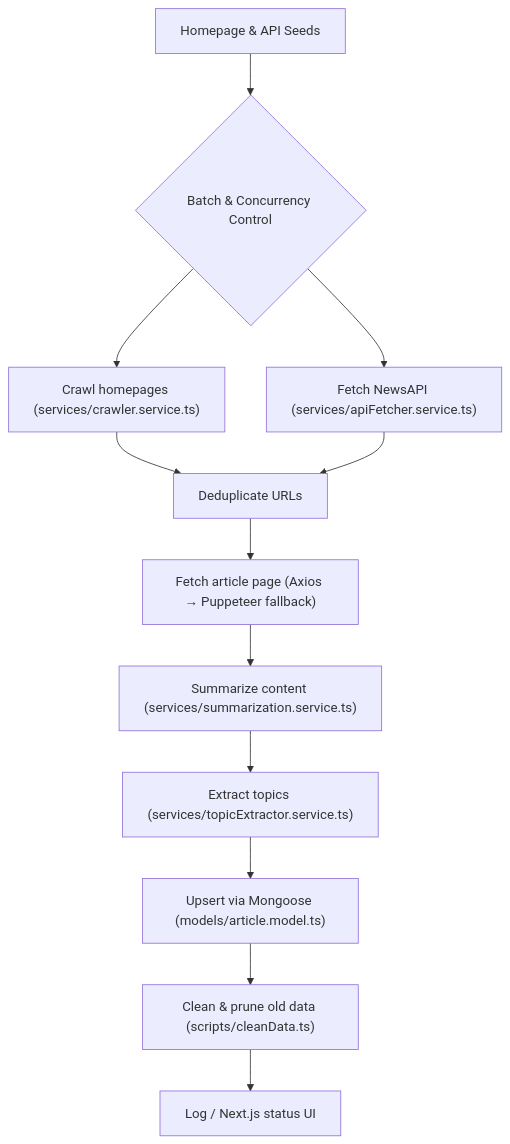
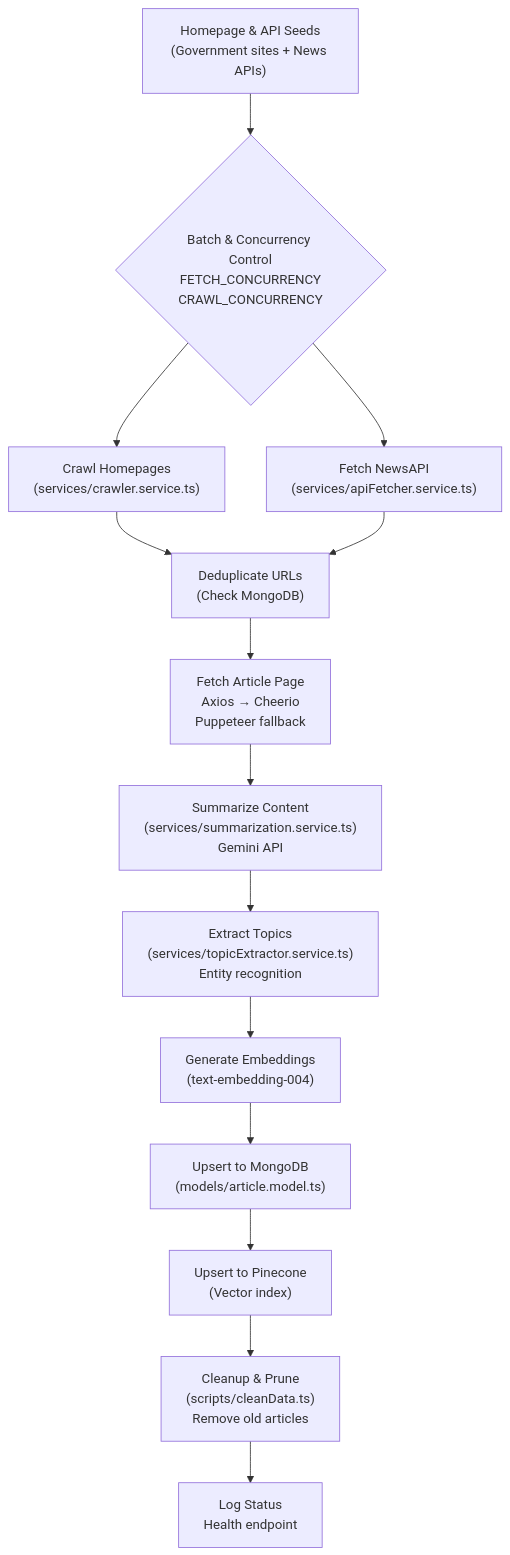
Before and after one commit to hoangsonww/AI-Gov-Content-Curator: diagram 12 of 19 in ARCHITECTURE.md, drawn with Mermaid. The commit also changed other lines of this file and 20 other files, not shown here.

````diff
--- a/ARCHITECTURE.md
+++ b/ARCHITECTURE.md
@@ -110,14 +627,16 @@
 ```mermaid
 flowchart TB
-    Start["Homepage & API Seeds"] --> FanOut{"Batch & Concurrency Control"}
-    FanOut --> CrawlHome["Crawl homepages (services/crawler.service.ts)"]
-    FanOut --> FetchAPI["Fetch NewsAPI (services/apiFetcher.service.ts)"]
-    CrawlHome --> Dedupe["Deduplicate URLs"]
+    Start["Homepage & API Seeds<br/>(Government sites + News APIs)"] --> FanOut{"Batch & Concurrency Control<br/>FETCH_CONCURRENCY<br/>CRAWL_CONCURRENCY"}
+    FanOut --> CrawlHome["Crawl Homepages<br/>(services/crawler.service.ts)"]
+    FanOut --> FetchAPI["Fetch NewsAPI<br/>(services/apiFetcher.service.ts)"]
+    CrawlHome --> Dedupe["Deduplicate URLs<br/>(Check MongoDB)"]
     FetchAPI --> Dedupe
-    Dedupe --> FetchPage["Fetch article page (Axios → Puppeteer fallback)"]
-    FetchPage --> Summarize["Summarize content (services/summarization.service.ts)"]
-    Summarize --> Topics["Extract topics (services/topicExtractor.service.ts)"]
-    Topics --> Upsert["Upsert via Mongoose (models/article.model.ts)"]
-    Upsert --> Cleanup["Clean & prune old data (scripts/cleanData.ts)"]
-    Cleanup --> Monitor["Log / Next.js status UI"]
+    Dedupe --> FetchPage["Fetch Article Page<br/>Axios → Cheerio<br/>Puppeteer fallback"]
+    FetchPage --> Summarize["Summarize Content<br/>(services/summarization.service.ts)<br/>Gemini API"]
+    Summarize --> Topics["Extract Topics<br/>(services/topicExtractor.service.ts)<br/>Entity recognition"]
+    Topics --> Vectorize["Generate Embeddings<br/>(text-embedding-004)"]
+    Vectorize --> Upsert["Upsert to MongoDB<br/>(models/article.model.ts)"]
+    Upsert --> UpsertVector["Upsert to Pinecone<br/>(Vector index)"]
+    UpsertVector --> Cleanup["Cleanup & Prune<br/>(scripts/cleanData.ts)<br/>Remove old articles"]
+    Cleanup --> Monitor["Log Status<br/>Health endpoint"]
 ```
````
